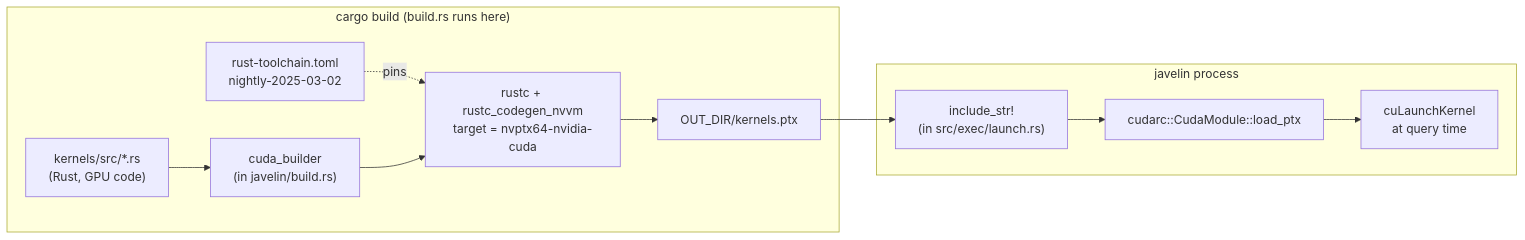
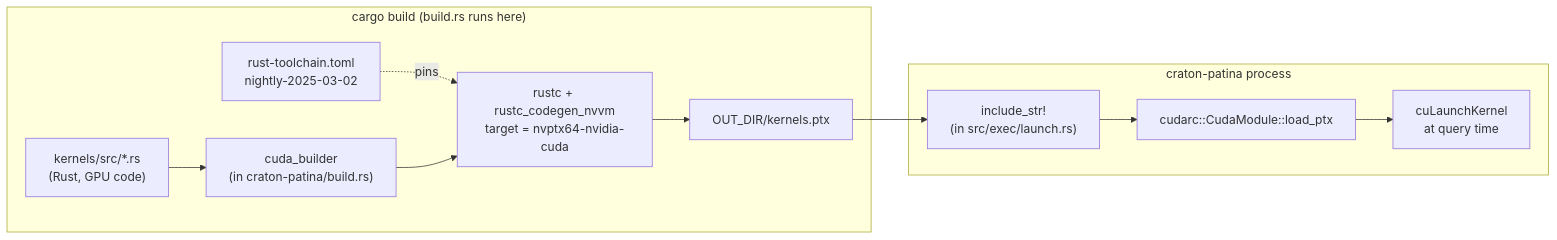
Before and after one commit to craton-co/craton-bolt: the diagram in docs/rust_cuda/04_build_integration.md, drawn with Mermaid. The commit also changed other lines of this file and 135 other files, not shown here.

First line of the commit message:
refactor: rename project from Javelin to Craton Patina

````diff
--- a/docs/rust_cuda/04_build_integration.md
+++ b/docs/rust_cuda/04_build_integration.md
@@ -245,32 +245,32 @@
 ```mermaid
 flowchart LR
     A["kernels/src/*.rs<br/>(Rust, GPU code)"]
     B["rust-toolchain.toml<br/>nightly-2025-03-02"]
-    C["cuda_builder<br/>(in javelin/build.rs)"]
+    C["cuda_builder<br/>(in craton-patina/build.rs)"]
     D["rustc + rustc_codegen_nvvm<br/>target = nvptx64-nvidia-cuda"]
     E["OUT_DIR/kernels.ptx"]
     F["include_str!<br/>(in src/exec/launch.rs)"]
     G["cudarc::CudaModule::load_ptx"]
     H["cuLaunchKernel<br/>at query time"]
 
     A --> C
     B -.pins.-> D
     C --> D
     D --> E
     E --> F
     F --> G
     G --> H
 
     subgraph buildtime["cargo build (build.rs runs here)"]
         A
         B
         C
         D
         E
     end
-    subgraph runtime["javelin process"]
+    subgraph runtime["craton-patina process"]
         F
         G
         H
     end
 ```
````
